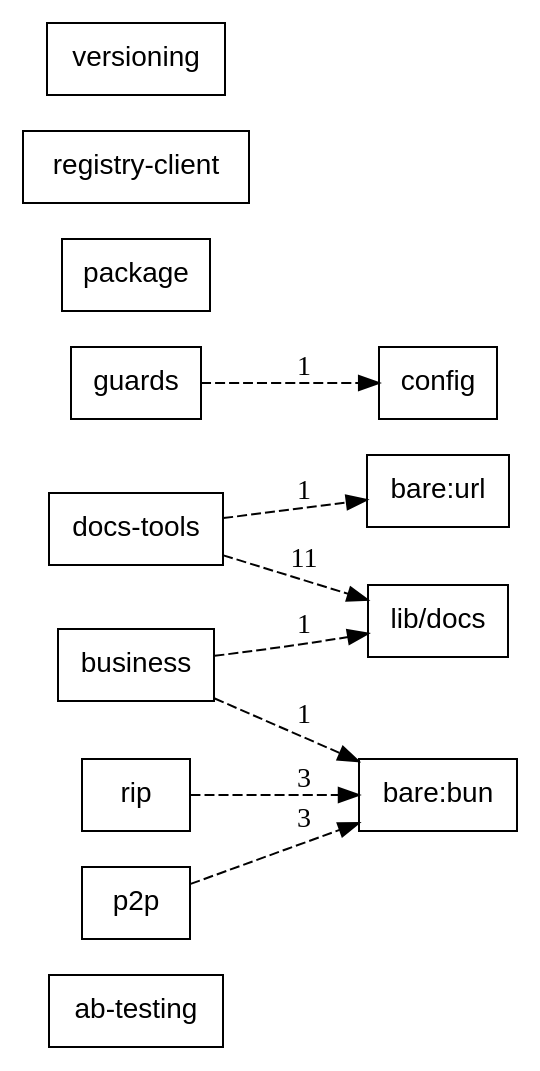
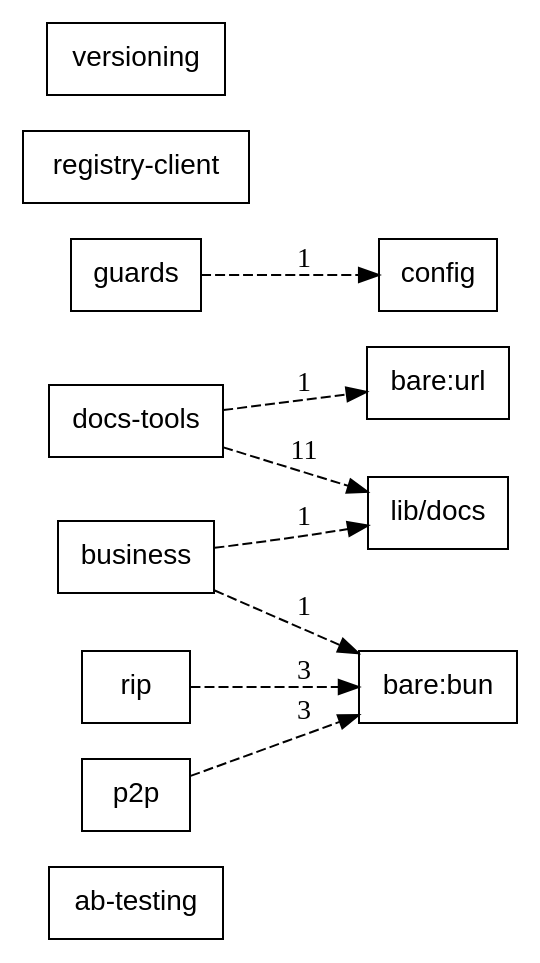
Before and after one commit to brendadeeznuts1111/project-R-score: the diagram in audit-report-map.dot, drawn with Graphviz. The commit also changed 19 other files, not shown here.

First line of the commit message:
feat(harness,portal): coverage parse + packages board depth (schema v12)

```diff
--- a/audit-report-map.dot
+++ b/audit-report-map.dot
@@ -1,20 +1,19 @@
 digraph packages {
   rankdir=LR;
   node [shape=box, fontname="Helvetica"];
   "ab-testing";
   "business";
   "docs-tools";
   "guards";
   "p2p";
-  "package";
   "registry-client";
   "rip";
   "versioning";
   "docs-tools" -> "lib/docs" [style=dashed, label="11"];
   "p2p" -> "bare:bun" [style=dashed, label="3"];
   "rip" -> "bare:bun" [style=dashed, label="3"];
   "business" -> "bare:bun" [style=dashed, label="1"];
   "business" -> "lib/docs" [style=dashed, label="1"];
   "docs-tools" -> "bare:url" [style=dashed, label="1"];
   "guards" -> "config" [style=dashed, label="1"];
 }
```
